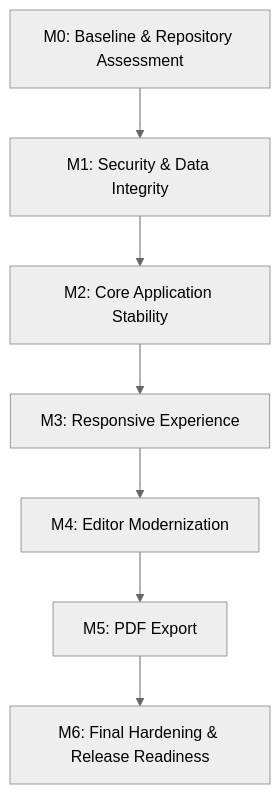
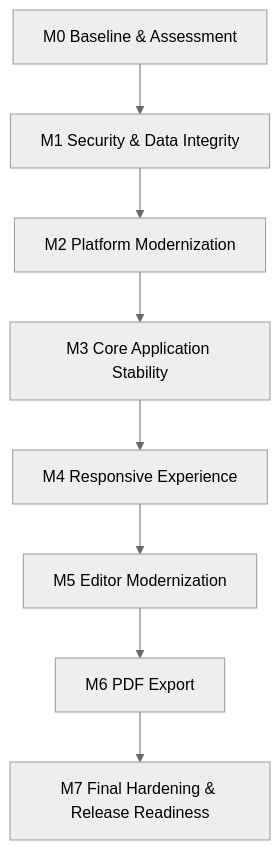
The diagram in docs/RECOVERY_ROADMAP.md (EvansAbraham/SyncSphere), drawn with Mermaid (neutral theme) before and after one commit. The commit also changed other lines of this file, not shown here.

Commit message:
docs: revise recovery roadmap for platform modernization

````diff
--- a/docs/RECOVERY_ROADMAP.md
+++ b/docs/RECOVERY_ROADMAP.md
@@ -40,9 +39,10 @@
 ```mermaid
 flowchart TD
-    M0[M0: Baseline & Repository Assessment] --> M1[M1: Security & Data Integrity]
-    M1 --> M2[M2: Core Application Stability]
-    M2 --> M3[M3: Responsive Experience]
-    M3 --> M4[M4: Editor Modernization]
-    M4 --> M5[M5: PDF Export]
-    M5 --> M6[M6: Final Hardening & Release Readiness]
+    M0[M0 Baseline & Assessment] --> M1[M1 Security & Data Integrity]
+    M1 --> M2[M2 Platform Modernization]
+    M2 --> M3[M3 Core Application Stability]
+    M3 --> M4[M4 Responsive Experience]
+    M4 --> M5[M5 Editor Modernization]
+    M5 --> M6[M6 PDF Export]
+    M6 --> M7[M7 Final Hardening & Release Readiness]
 ```
````
